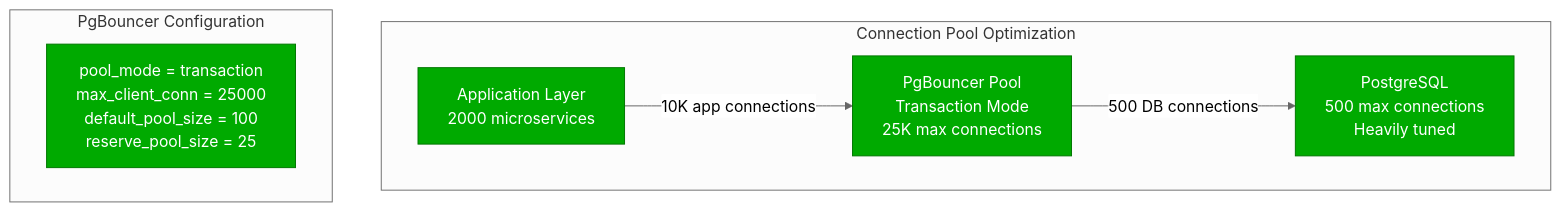
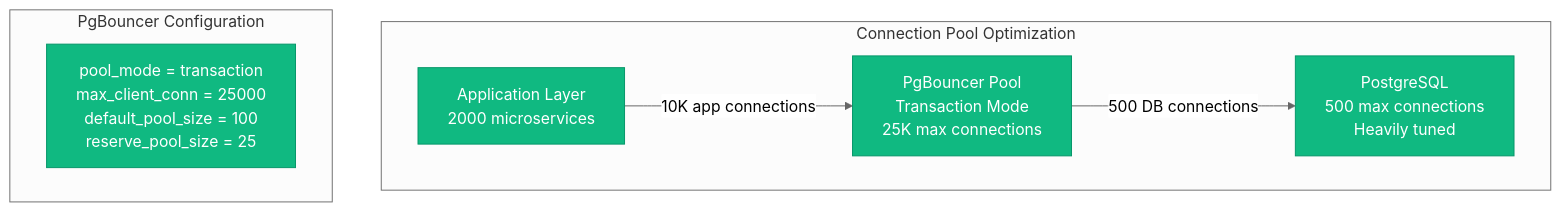
One commit to deepaucksharma/DS changed the third of 7 diagrams in site/docs/performance/postgresql-scale-performance.md. Above: the diagram before and after it, drawn with Mermaid (neutral theme). The commit also changed other lines of this file and 187 other files, not shown here.

````diff
--- a/site/docs/performance/postgresql-scale-performance.md
+++ b/site/docs/performance/postgresql-scale-performance.md
@@ -96,18 +96,18 @@
 ```mermaid
 graph TB
     subgraph ConnectionOptimization[Connection Pool Optimization]
         APP[Application Layer<br/>2000 microservices]
         PGB[PgBouncer Pool<br/>Transaction Mode<br/>25K max connections]
         PG[PostgreSQL<br/>500 max connections<br/>Heavily tuned]
     end
 
     APP -->|10K app connections| PGB
     PGB -->|500 DB connections| PG
 
     subgraph PoolConfig[PgBouncer Configuration]
         TC[pool_mode = transaction<br/>max_client_conn = 25000<br/>default_pool_size = 100<br/>reserve_pool_size = 25]
     end
 
-    classDef poolStyle fill:#00AA00,stroke:#007700,color:#fff
+    classDef poolStyle fill:#10B981,stroke:#059669,color:#fff
     class APP,PGB,PG,TC poolStyle
 ```
````
